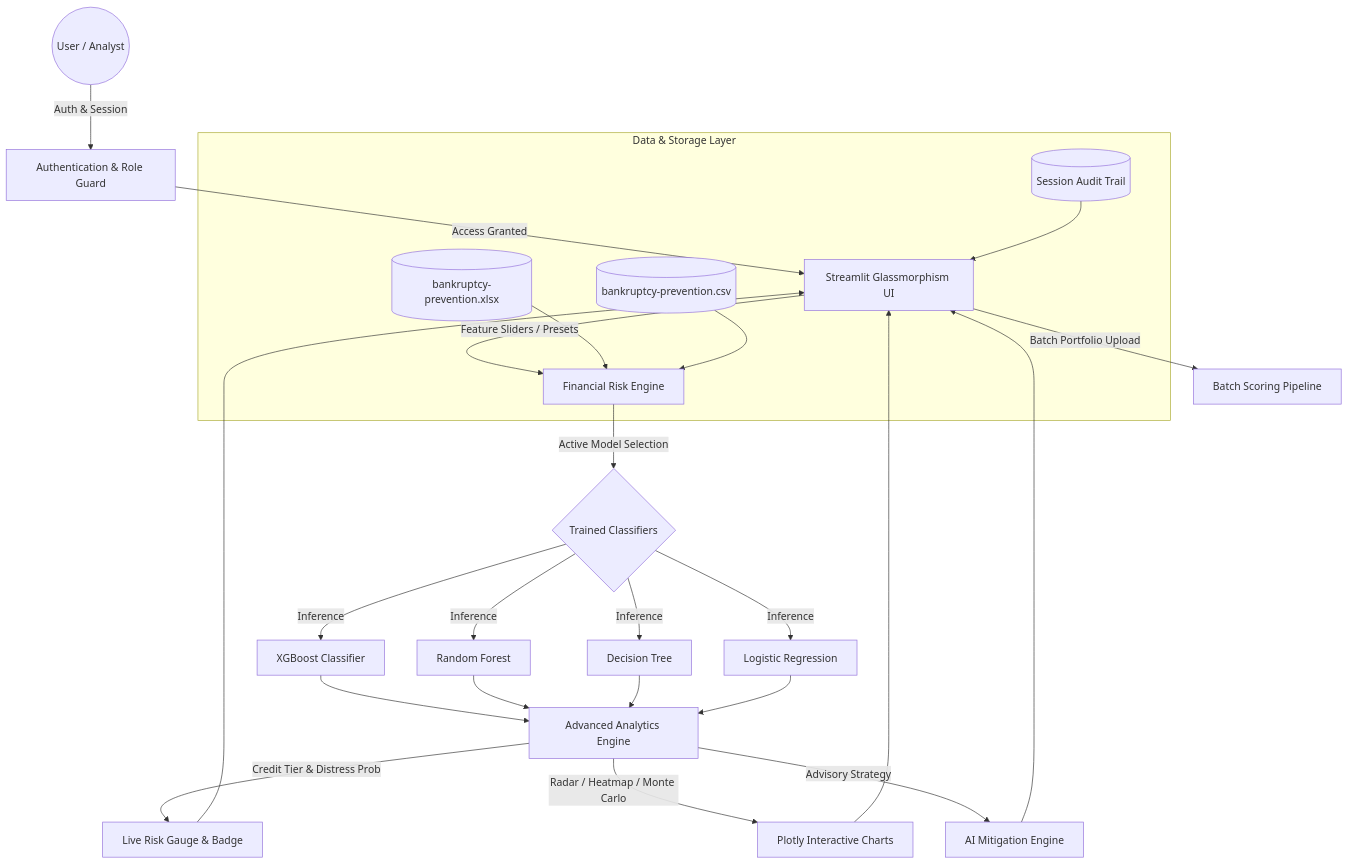
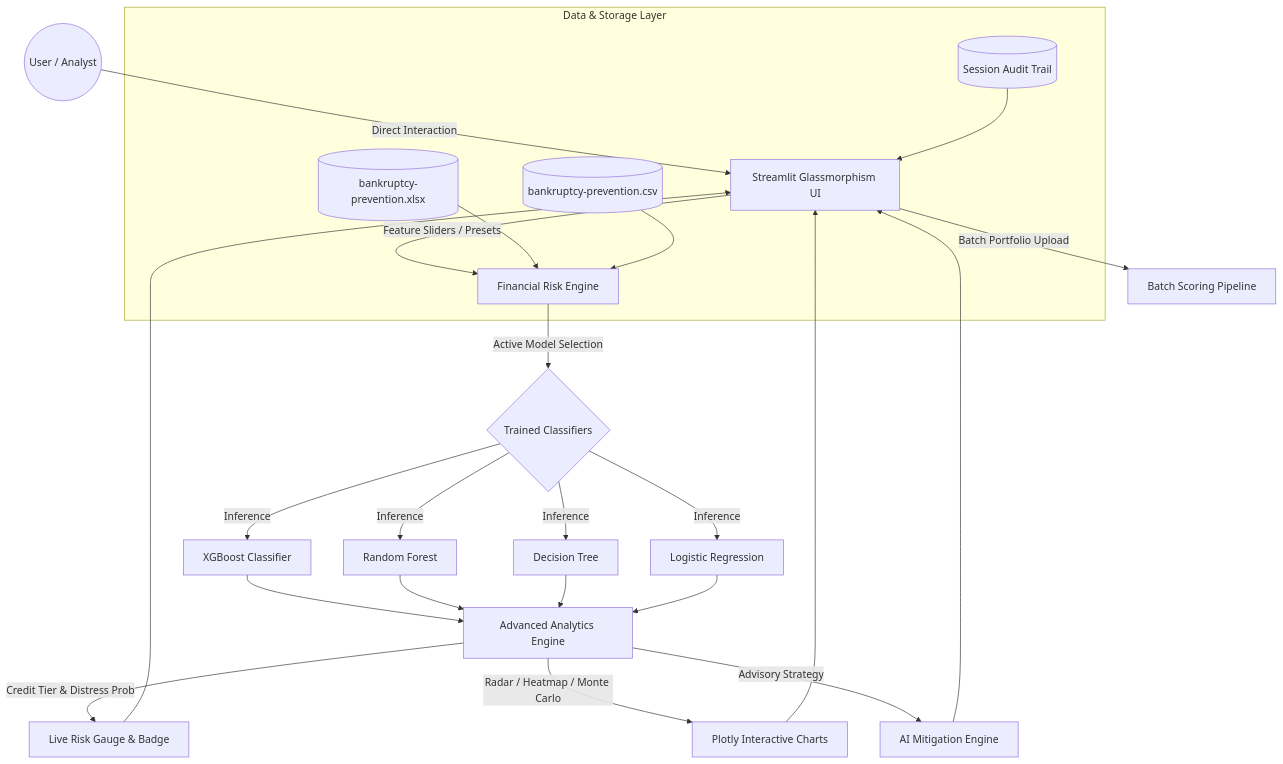
The diagram in README.md (sujal971/FinShield), drawn with Mermaid before and after one commit. The commit also changed other lines of this file and 1 other file, not shown here.

Commit message:
Remove login screen and authentication gates for direct dashboard access.

````diff
--- a/README.md
+++ b/README.md
@@ -18,33 +18,32 @@
 ```mermaid
 graph TD
-    User((User / Analyst)) -->|Auth & Session| Login[Authentication & Role Guard]
-    Login -->|Access Granted| UI[Streamlit Glassmorphism UI]
+    User((User / Analyst)) -->|Direct Interaction| UI[Streamlit Glassmorphism UI]
     
     UI -->|Feature Sliders / Presets| Engine[Financial Risk Engine]
     UI -->|Batch Portfolio Upload| Batch[Batch Scoring Pipeline]
     
     Engine -->|Active Model Selection| Models{Trained Classifiers}
     Models -->|Inference| XGB[XGBoost Classifier]
     Models -->|Inference| RF[Random Forest]
     Models -->|Inference| DT[Decision Tree]
     Models -->|Inference| LR[Logistic Regression]
     
     XGB --> Analytics[Advanced Analytics Engine]
     RF --> Analytics
     DT --> Analytics
     LR --> Analytics
     
     Analytics -->|Credit Tier & Distress Prob| Gauge[Live Risk Gauge & Badge]
     Analytics -->|Radar / Heatmap / Monte Carlo| Plotly[Plotly Interactive Charts]
     Analytics -->|Advisory Strategy| Advisor[AI Mitigation Engine]
     
     Gauge --> UI
     Plotly --> UI
     Advisor --> UI
     
     subgraph Data & Storage Layer
         Excel[(bankruptcy-prevention.xlsx)] --> Engine
         CSV[(bankruptcy-prevention.csv)] --> Engine
         History[(Session Audit Trail)] --> UI
     end
 ```
````
